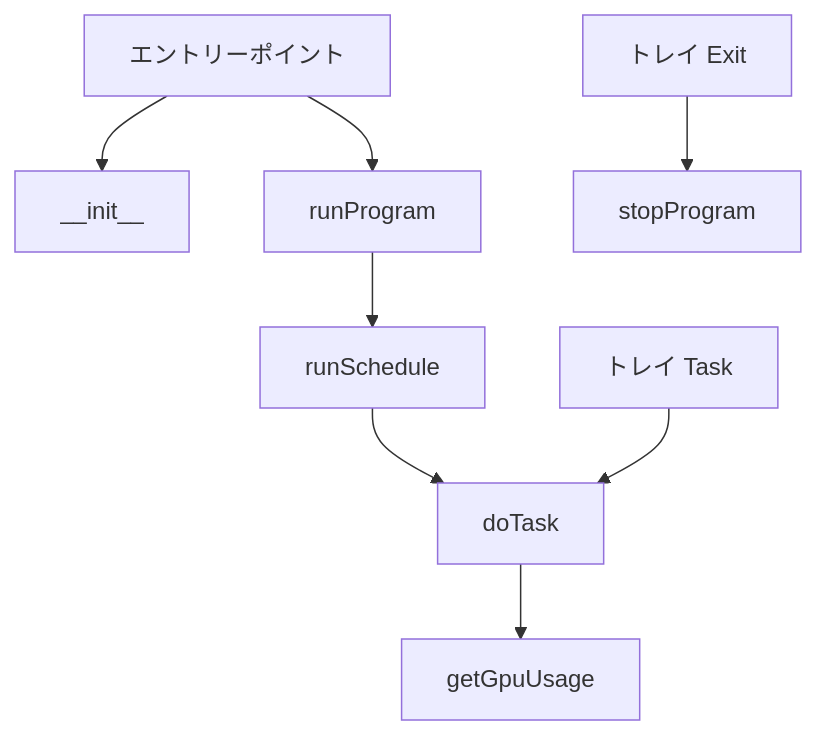
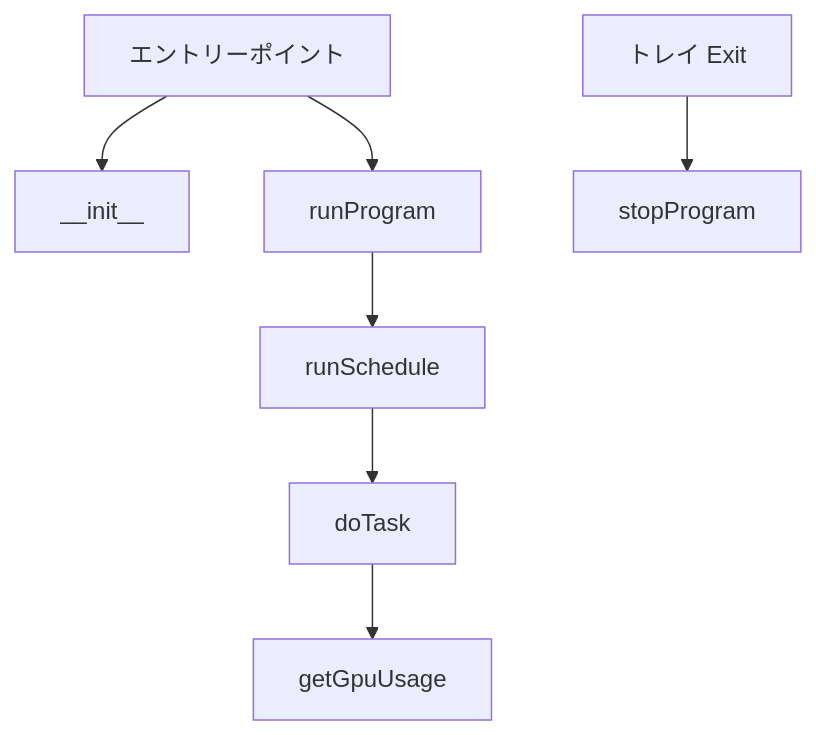
One commit to cotechworks/SendPerformance changed the first of 2 diagrams in doc/architecture.md. Above: the diagram before and after it, drawn with Mermaid. The commit also changed other lines of this file and 6 other files, not shown here.

````diff
--- a/doc/architecture.md
+++ b/doc/architecture.md
@@ -59,10 +59,9 @@
 ```mermaid
 flowchart TD
   Main["エントリーポイント"] --> Init["__init__"]
   Main --> Run["runProgram"]
   Run --> Schedule["runSchedule"]
   Schedule --> Task["doTask"]
-  TrayTask["トレイ Task"] --> Task
   Task --> GPU["getGpuUsage"]
   TrayExit["トレイ Exit"] --> Stop["stopProgram"]
 ```
````
